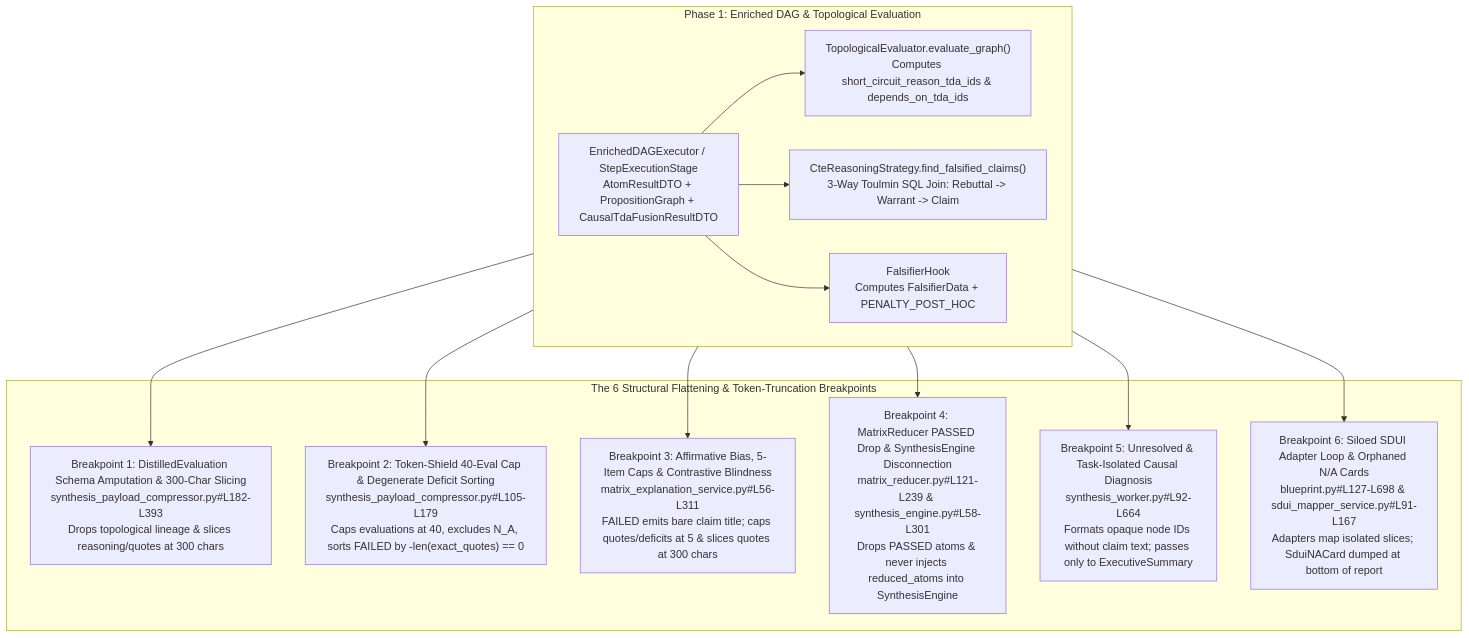
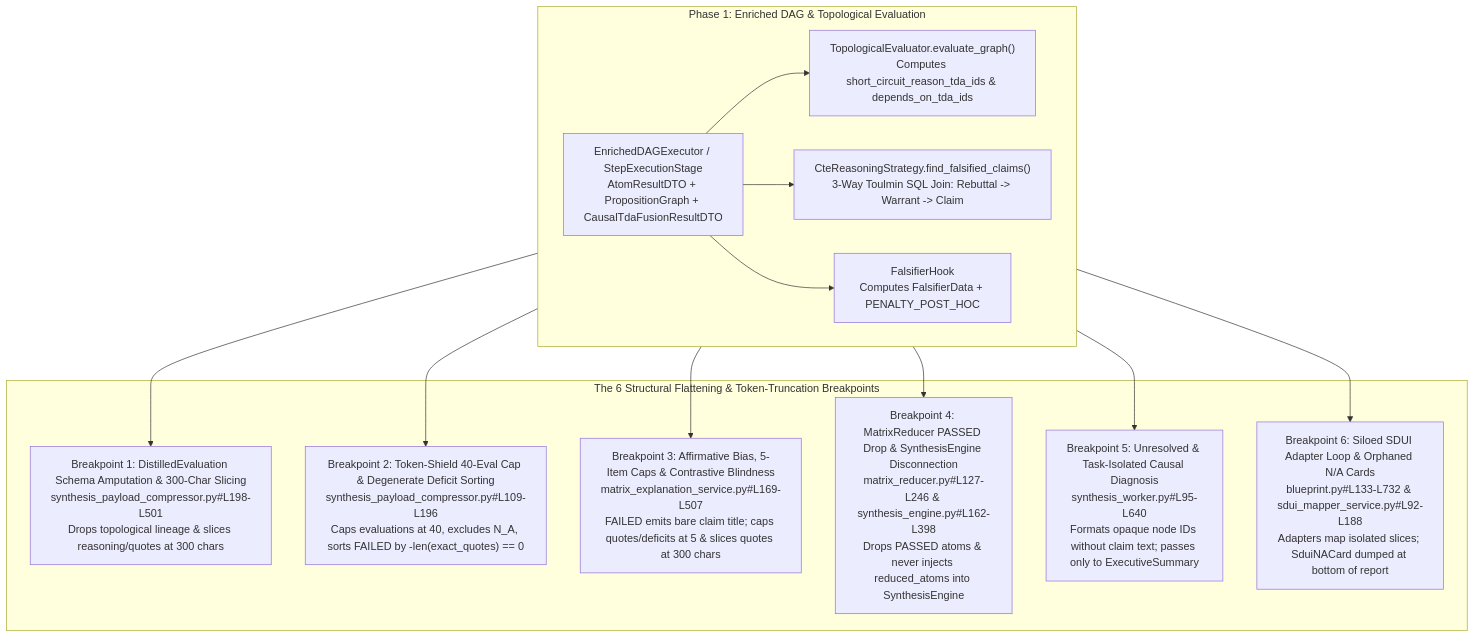
The diagram in docs/epic/EPIC_161_topological_synthesis_cohesion.md (launis/quorum), drawn with Mermaid before and after one commit. The commit also changed other lines of this file and 2 other files, not shown here.

First line of the commit message:
docs(epic161): complete system 2 reverse epic audit report

````diff
--- a/docs/epic/EPIC_161_topological_synthesis_cohesion.md
+++ b/docs/epic/EPIC_161_topological_synthesis_cohesion.md
@@ -25,28 +25,28 @@
 ```mermaid
 flowchart TD
     subgraph Phase1["Phase 1: Enriched DAG & Topological Evaluation"]
         A["EnrichedDAGExecutor / StepExecutionStage\nAtomResultDTO + PropositionGraph + CausalTdaFusionResultDTO"]
         B["TopologicalEvaluator.evaluate_graph()\nComputes short_circuit_reason_tda_ids & depends_on_tda_ids"]
         C["CteReasoningStrategy.find_falsified_claims()\n3-Way Toulmin SQL Join: Rebuttal -> Warrant -> Claim"]
         D["FalsifierHook\nComputes FalsifierData + PENALTY_POST_HOC"]
         A --> B
         A --> C
         A --> D
     end
 
     subgraph Breakpoints["The 6 Structural Flattening & Token-Truncation Breakpoints"]
-        BP1["Breakpoint 1: DistilledEvaluation Schema Amputation & 300-Char Slicing\nsynthesis_payload_compressor.py#L182-L393\nDrops topological lineage & slices reasoning/quotes at 300 chars"]
-        BP2["Breakpoint 2: Token-Shield 40-Eval Cap & Degenerate Deficit Sorting\nsynthesis_payload_compressor.py#L105-L179\nCaps evaluations at 40, excludes N_A, sorts FAILED by -len(exact_quotes) == 0"]
-        BP3["Breakpoint 3: Affirmative Bias, 5-Item Caps & Contrastive Blindness\nmatrix_explanation_service.py#L56-L311\nFAILED emits bare claim title; caps quotes/deficits at 5 & slices quotes at 300 chars"]
-        BP4["Breakpoint 4: MatrixReducer PASSED Drop & SynthesisEngine Disconnection\nmatrix_reducer.py#L121-L239 & synthesis_engine.py#L58-L301\nDrops PASSED atoms & never injects reduced_atoms into SynthesisEngine"]
-        BP5["Breakpoint 5: Unresolved & Task-Isolated Causal Diagnosis\nsynthesis_worker.py#L92-L664\nFormats opaque node IDs without claim text; passes only to ExecutiveSummary"]
-        BP6["Breakpoint 6: Siloed SDUI Adapter Loop & Orphaned N/A Cards\nblueprint.py#L127-L698 & sdui_mapper_service.py#L91-L167\nAdapters map isolated slices; SduiNACard dumped at bottom of report"]
+        BP1["Breakpoint 1: DistilledEvaluation Schema Amputation & 300-Char Slicing\nsynthesis_payload_compressor.py#L198-L501\nDrops topological lineage & slices reasoning/quotes at 300 chars"]
+        BP2["Breakpoint 2: Token-Shield 40-Eval Cap & Degenerate Deficit Sorting\nsynthesis_payload_compressor.py#L109-L196\nCaps evaluations at 40, excludes N_A, sorts FAILED by -len(exact_quotes) == 0"]
+        BP3["Breakpoint 3: Affirmative Bias, 5-Item Caps & Contrastive Blindness\nmatrix_explanation_service.py#L169-L507\nFAILED emits bare claim title; caps quotes/deficits at 5 & slices quotes at 300 chars"]
+        BP4["Breakpoint 4: MatrixReducer PASSED Drop & SynthesisEngine Disconnection\nmatrix_reducer.py#L127-L246 & synthesis_engine.py#L162-L398\nDrops PASSED atoms & never injects reduced_atoms into SynthesisEngine"]
+        BP5["Breakpoint 5: Unresolved & Task-Isolated Causal Diagnosis\nsynthesis_worker.py#L95-L640\nFormats opaque node IDs without claim text; passes only to ExecutiveSummary"]
+        BP6["Breakpoint 6: Siloed SDUI Adapter Loop & Orphaned N/A Cards\nblueprint.py#L133-L732 & sdui_mapper_service.py#L92-L188\nAdapters map isolated slices; SduiNACard dumped at bottom of report"]
     end
 
     Phase1 --> BP1
     Phase1 --> BP2
     Phase1 --> BP3
     Phase1 --> BP4
     Phase1 --> BP5
     Phase1 --> BP6
 ```
````
